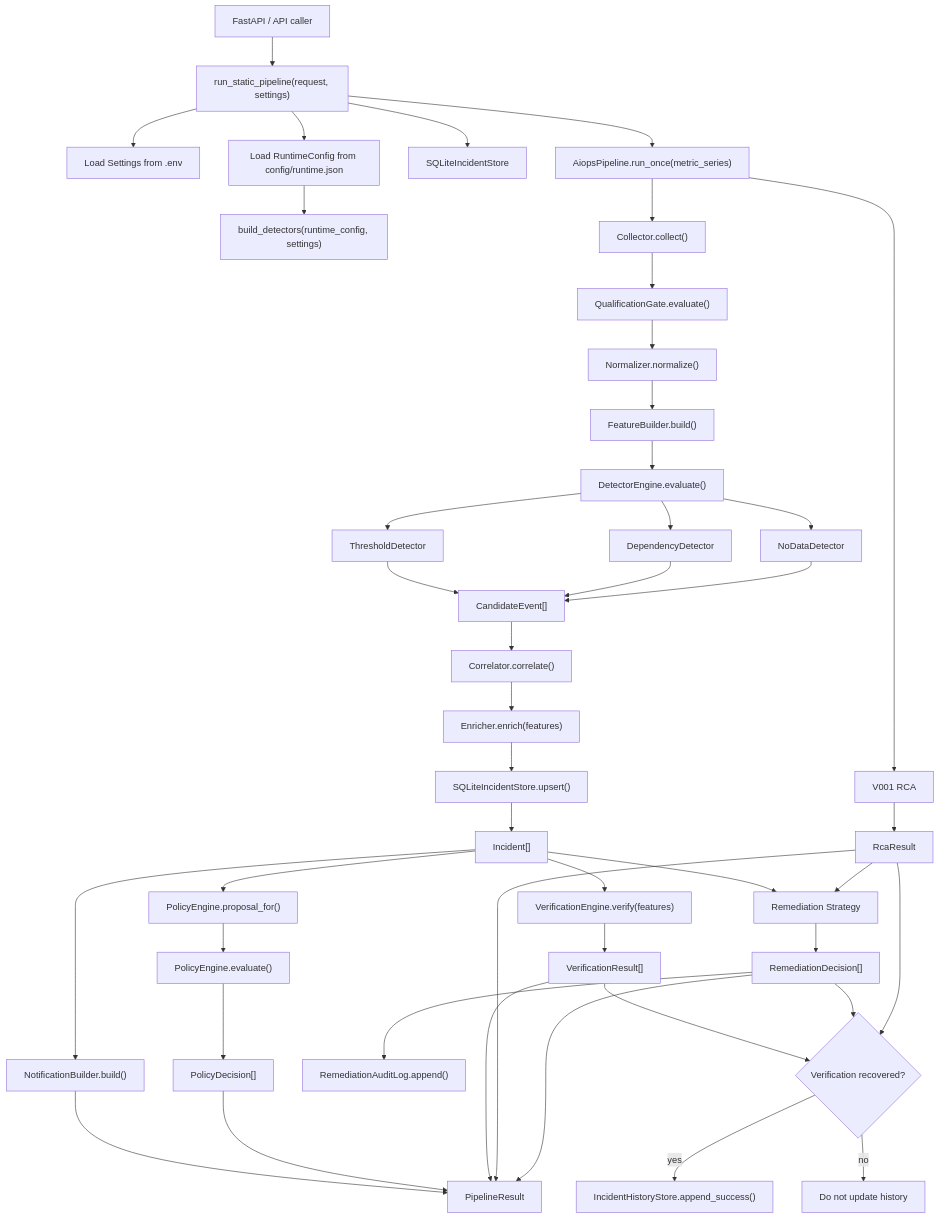
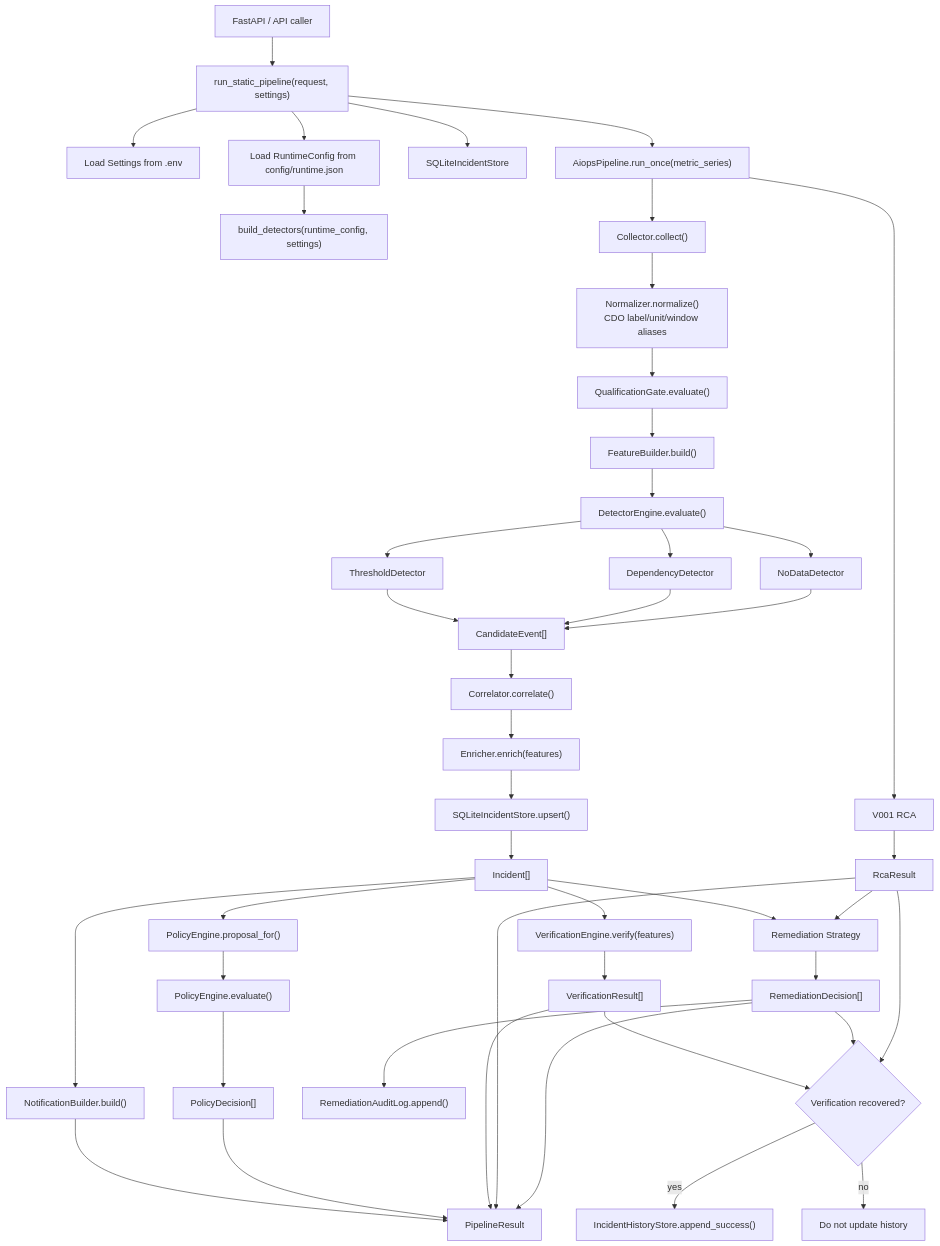
Before and after one commit to tf2-team/tf2-corp-platform: the first of 5 diagrams in src/aio/docs/pipelines/v0.0.3.md, drawn with Mermaid. The commit also changed other lines of this file and 4 other files, not shown here.

````diff
--- a/src/aio/docs/pipelines/v0.0.3.md
+++ b/src/aio/docs/pipelines/v0.0.3.md
@@ -4,56 +4,56 @@
 ```mermaid
 flowchart TD
     A["FastAPI / API caller"] --> B["run_static_pipeline(request, settings)"]
     B --> C["Load Settings from .env"]
     B --> D["Load RuntimeConfig from config/runtime.json"]
     D --> E["build_detectors(runtime_config, settings)"]
     B --> F["SQLiteIncidentStore"]
     B --> G["AiopsPipeline.run_once(metric_series)"]
 
     G --> H["Collector.collect()"]
-    H --> I["QualificationGate.evaluate()"]
-    I --> J["Normalizer.normalize()"]
+    H --> I["Normalizer.normalize()<br/>CDO label/unit/window aliases"]
+    I --> J["QualificationGate.evaluate()"]
     J --> K["FeatureBuilder.build()"]
     K --> L["DetectorEngine.evaluate()"]
 
     L --> L1["ThresholdDetector"]
     L --> L2["DependencyDetector"]
     L --> L3["NoDataDetector"]
 
     L1 --> M["CandidateEvent[]"]
     L2 --> M
     L3 --> M
 
     M --> N["Correlator.correlate()"]
     N --> O["Enricher.enrich(features)"]
     O --> P["SQLiteIncidentStore.upsert()"]
     P --> Q["Incident[]"]
 
     Q --> R["NotificationBuilder.build()"]
     Q --> S["PolicyEngine.proposal_for()"]
     S --> T["PolicyEngine.evaluate()"]
     T --> U["PolicyDecision[]"]
 
     Q --> V["VerificationEngine.verify(features)"]
     V --> W["VerificationResult[]"]
 
     G --> X["V001 RCA"]
     X --> Y["RcaResult"]
 
     Q --> Z["Remediation Strategy"]
     Y --> Z
     Z --> ZA["RemediationDecision[]"]
     ZA --> ZB["RemediationAuditLog.append()"]
 
     W --> ZC{"Verification recovered?"}
     ZA --> ZC
     Y --> ZC
     ZC -->|yes| ZD["IncidentHistoryStore.append_success()"]
     ZC -->|no| ZE["Do not update history"]
 
     R --> OUT["PipelineResult"]
     U --> OUT
     W --> OUT
     Y --> OUT
     ZA --> OUT
 ```
````
